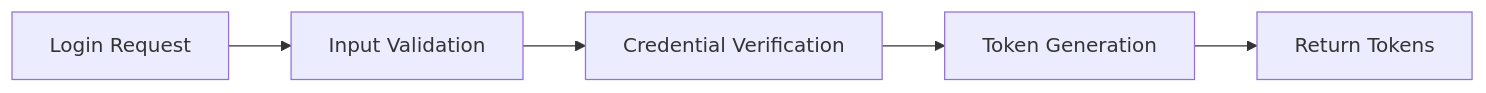
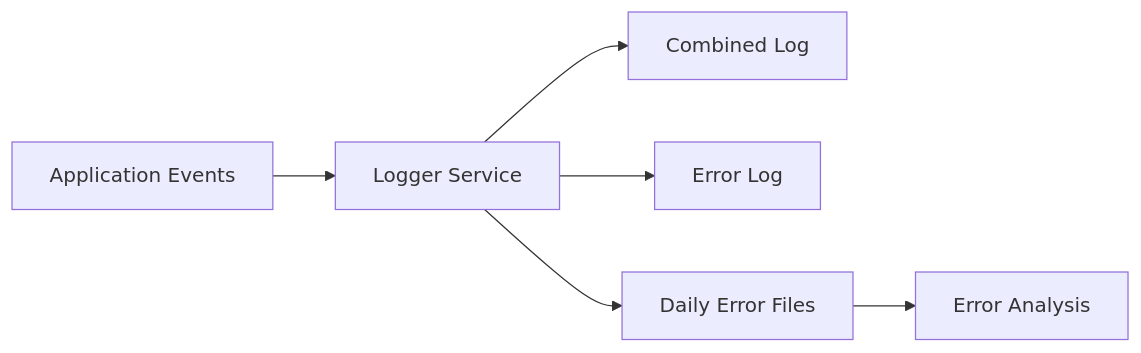
The second of 3 diagrams in UserGuide.md (Rag-Release/user-auth-service), drawn with Mermaid before and after one commit. The commit also changed other lines of this file and 47 other files, not shown here.

First line of the commit message:
fix: correct refresh token validation and update user profile fields

````diff
--- a/UserGuide.md
+++ b/UserGuide.md
@@ -241,7 +282,8 @@
 ```mermaid
 graph LR
-   A[Login Request] --> B[Input Validation]
-   B --> C[Credential Verification]
-   C --> D[Token Generation]
-   D --> E[Return Tokens]
+    A[Application Events] --> B[Logger Service]
+    B --> C[Combined Log]
+    B --> D[Error Log]
+    B --> E[Daily Error Files]
+    E --> F[Error Analysis]
 ```
````
